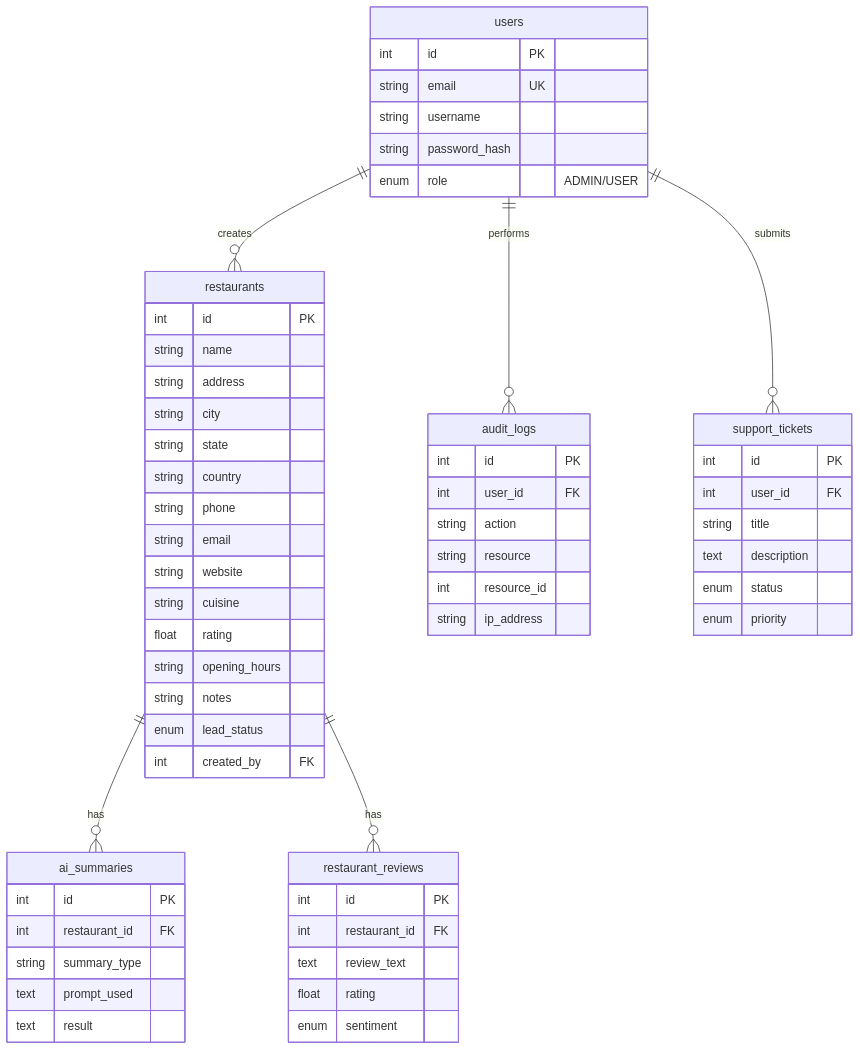
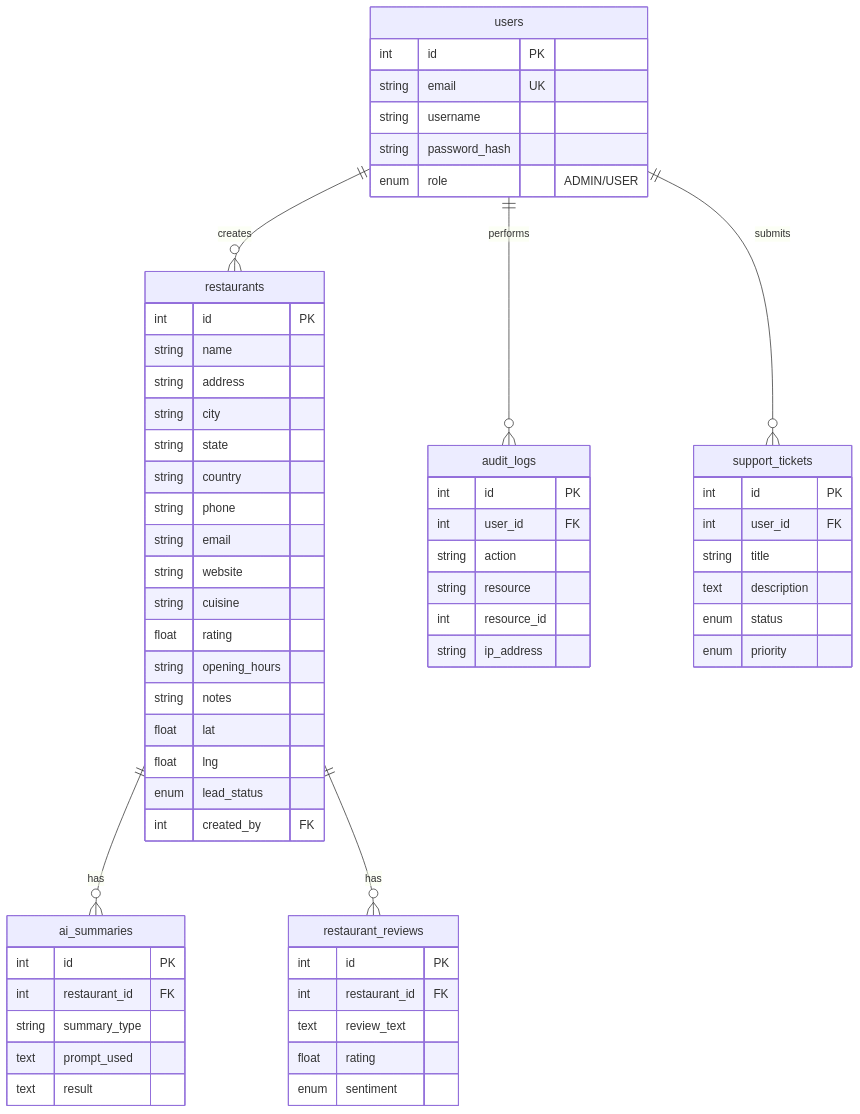
The second of 2 diagrams in README.md (navin-sreethar/Restaurant-Discovery-Platform), drawn with Mermaid before and after one commit. The commit also changed other lines of this file, not shown here.

````diff
--- a/README.md
+++ b/README.md
@@ -65,68 +66,70 @@
 ```mermaid
 erDiagram
     users {
         int id PK
         string email UK
         string username
         string password_hash
         enum role "ADMIN/USER"
     }
     
     restaurants {
         int id PK
         string name
         string address
         string city
         string state
         string country
         string phone
         string email
         string website
         string cuisine
         float rating
         string opening_hours
         string notes
+        float lat
+        float lng
         enum lead_status
         int created_by FK
     }
 
     restaurant_reviews {
         int id PK
         int restaurant_id FK
         text review_text
         float rating
         enum sentiment
     }
 
     ai_summaries {
         int id PK
         int restaurant_id FK
         string summary_type
         text prompt_used
         text result
     }
 
     audit_logs {
         int id PK
         int user_id FK
         string action
         string resource
         int resource_id
         string ip_address
     }
 
     support_tickets {
         int id PK
         int user_id FK
         string title
         text description
         enum status
         enum priority
     }
 
     users ||--o{ restaurants : creates
     restaurants ||--o{ ai_summaries : has
     restaurants ||--o{ restaurant_reviews : has
     users ||--o{ audit_logs : performs
     users ||--o{ support_tickets : submits
 ```
````
